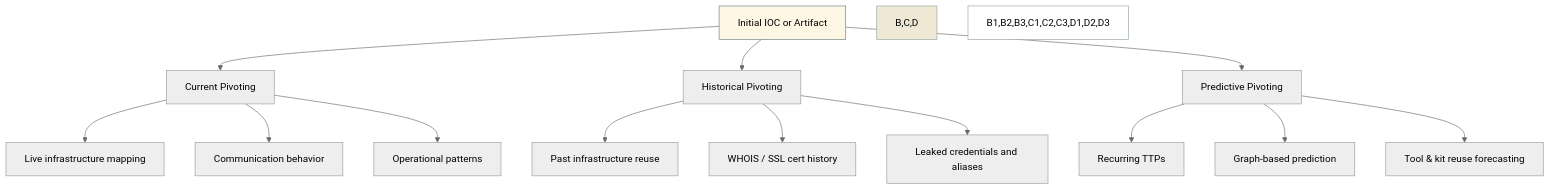
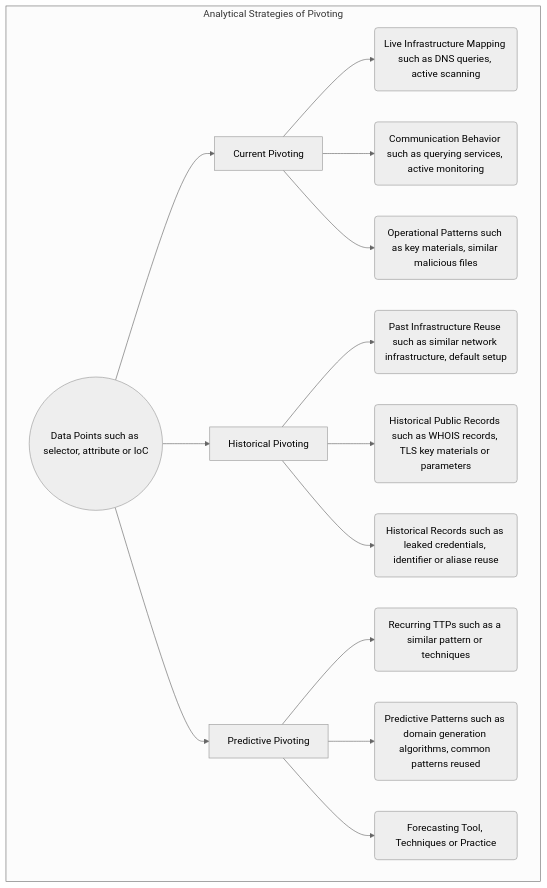
The diagram in book/README.md (adulau/the-art-of-pivoting), drawn with Mermaid (neutral theme) before and after one commit. The commit also changed other lines of this file, not shown here.

Commit message:
chg: [weak data points] improvement and description why weak data points are important

````diff
--- a/book/README.md
+++ b/book/README.md
@@ -125,22 +123,21 @@
 ```mermaid
 flowchart TD
-    A[Initial IOC or Artifact] --> B[Current Pivoting]
+    subgraph "Analytical Strategies of Pivoting"
+    
+    A((Data Points such as selector, attribute or IoC)) --> B[Current Pivoting]
     A --> C[Historical Pivoting]
     A --> D[Predictive Pivoting]
 
-    B --> B1[Live infrastructure mapping]
-    B --> B2[Communication behavior]
-    B --> B3[Operational patterns]
+    B --> B1(Live Infrastructure Mapping such as DNS queries, active scanning)
+    B --> B2(Communication Behavior such as querying services, active monitoring)
+    B --> B3(Operational Patterns such as key materials, similar malicious files)
 
-    C --> C1[Past infrastructure reuse]
-    C --> C2[WHOIS / SSL cert history]
-    C --> C3[Leaked credentials and aliases]
+    C --> C1(Past Infrastructure Reuse such as similar network infrastructure, default setup)
+    C --> C2(Historical Public Records such as WHOIS records, TLS key materials or parameters)
+    C --> C3(Historical Records such as leaked credentials, identifier or aliase reuse)
 
-    D --> D1[Recurring TTPs]
-    D --> D2[Graph-based prediction]
-    D --> D3[Tool & kit reuse forecasting]
-
-    style A fill:#fdf6e3,stroke:#657b83
-    style B,C,D fill:#eee8d5,stroke:#93a1a1
-    style B1,B2,B3,C1,C2,C3,D1,D2,D3 fill:#ffffff,stroke:#93a1a1
+    D --> D1(Recurring TTPs such as a similar pattern or techniques)
+    D --> D2(Predictive Patterns such as domain generation algorithms, common patterns reused) 
+    D --> D3(Forecasting Tool, Techniques or Practice)
+    end
 ```
````
